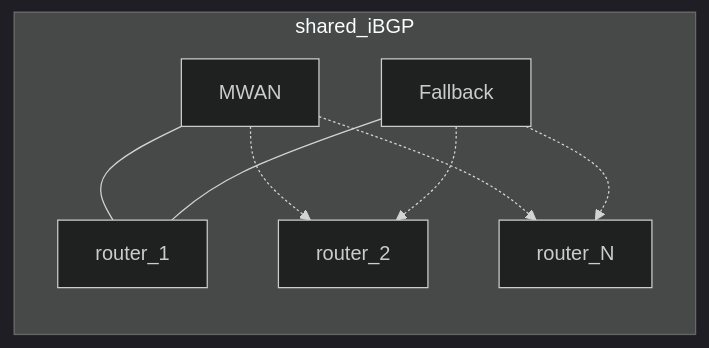
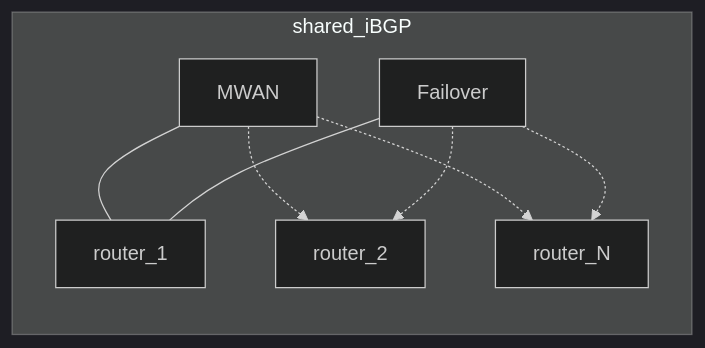
One commit to agoodkind/configs changed the fourth of 10 diagrams in docs/mwan.md. Above: the diagram before and after it, drawn with Mermaid (dark theme). The commit also changed other lines of this file, not shown here.

First line of the commit message:
Rewrite MWAN architecture page as complete spoken sentences (#270)

````diff
--- a/docs/mwan.md
+++ b/docs/mwan.md
@@ -174,16 +178,16 @@
 ```mermaid
 flowchart LR
   subgraph sharedIbgp [shared_iBGP]
     mwan[MWAN]
-    fallback[Fallback]
+    failover[Failover]
     r1[router_1]
     r2[router_2]
     rN[router_N]
   end
   mwan --- r1
-  fallback --- r1
+  failover --- r1
   mwan -.-> r2
-  fallback -.-> r2
+  failover -.-> r2
   mwan -.-> rN
-  fallback -.-> rN
+  failover -.-> rN
 ```
````
